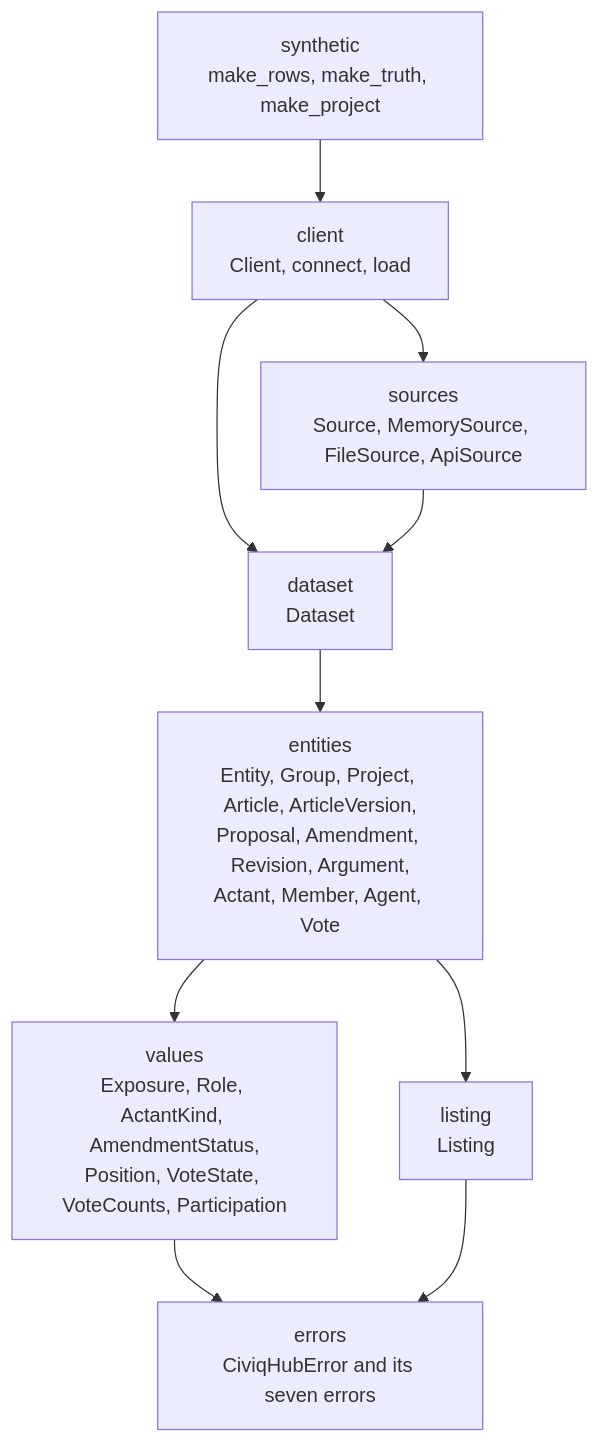
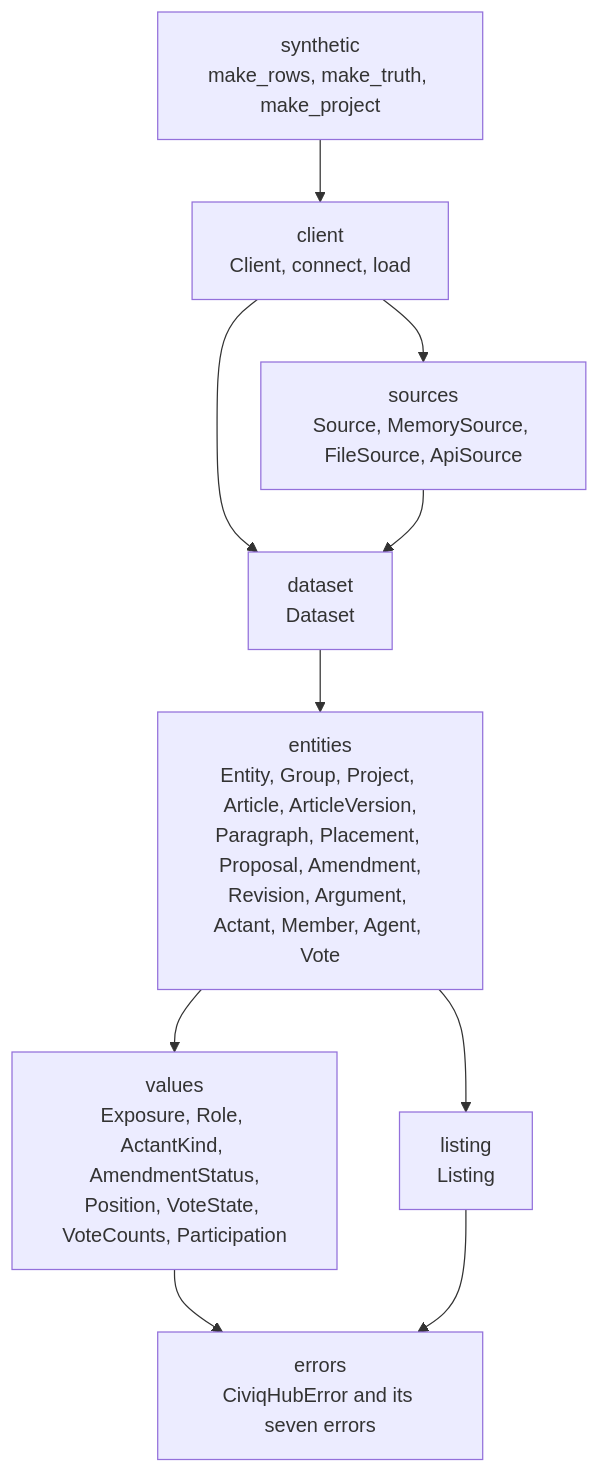
The first of 2 diagrams in docs/architecture.md (civiqhub/civiqhub-py), drawn with Mermaid before and after one commit. The commit also changed other lines of this file and 8 other files, not shown here.

````diff
--- a/docs/architecture.md
+++ b/docs/architecture.md
@@ -16,12 +16,12 @@
 ```mermaid
 flowchart TD
   client["client<br>Client, connect, load"] --> sources["sources<br>Source, MemorySource, FileSource, ApiSource"]
   client --> dataset["dataset<br>Dataset"]
   synthetic["synthetic<br>make_rows, make_truth, make_project"] --> client
   sources --> dataset
-  dataset --> entities["entities<br>Entity, Group, Project, Article, ArticleVersion,<br>Proposal, Amendment, Revision, Argument,<br>Actant, Member, Agent, Vote"]
+  dataset --> entities["entities<br>Entity, Group, Project, Article, ArticleVersion,<br>Paragraph, Placement, Proposal, Amendment,<br>Revision, Argument, Actant, Member, Agent, Vote"]
   entities --> values["values<br>Exposure, Role, ActantKind, AmendmentStatus,<br>Position, VoteState, VoteCounts, Participation"]
   entities --> listing["listing<br>Listing"]
   values --> errors["errors<br>CiviqHubError and its seven errors"]
   listing --> errors
 ```
````
